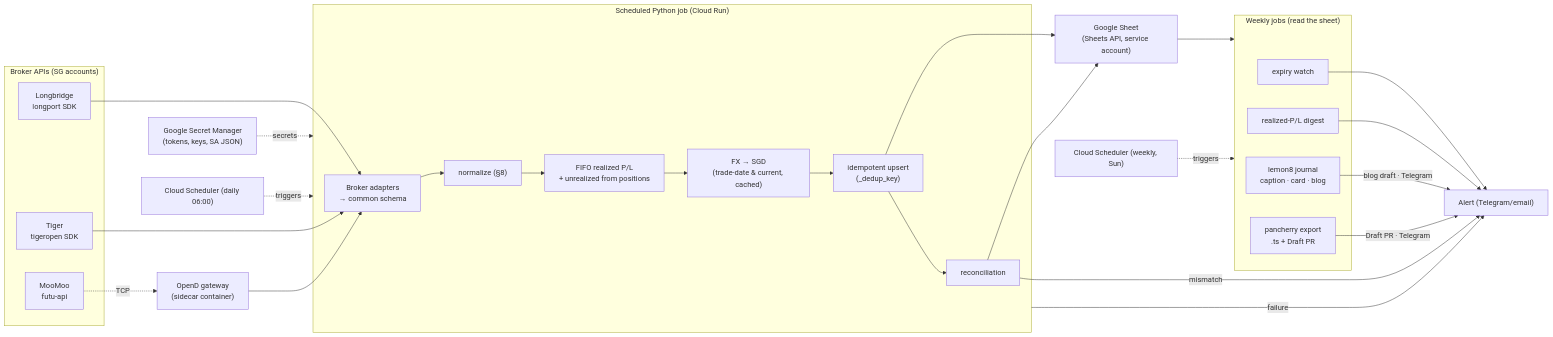
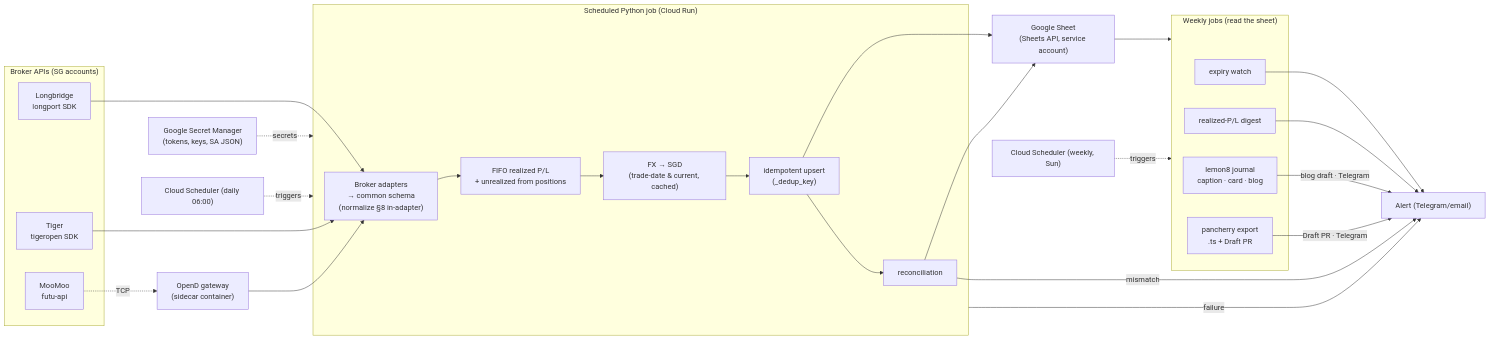
Before and after one commit to leshweyeewin/broker-portfolio-sync: the first of 5 diagrams in README.md, drawn with Mermaid. The commit also changed other lines of this file, not shown here.

Commit message:
docs: relabel normalize stage to reflect it lives in the adapters

````diff
--- a/README.md
+++ b/README.md
@@ -61,49 +61,48 @@
 ```mermaid
 flowchart LR
     subgraph Brokers["Broker APIs (SG accounts)"]
         LB["Longbridge<br/>longport SDK"]
         TG["Tiger<br/>tigeropen SDK"]
         MM["MooMoo<br/>futu-api"]
     end
 
     OPEND["OpenD gateway<br/>(sidecar container)"]
     MM -. TCP .-> OPEND
 
     subgraph Job["Scheduled Python job (Cloud Run)"]
-        AD["Broker adapters<br/>→ common schema"]
-        NORM["normalize (§8)"]
+        AD["Broker adapters<br/>→ common schema<br/>(normalize §8 in-adapter)"]
         FIFO["FIFO realized P/L<br/>+ unrealized from positions"]
         FX["FX → SGD<br/>(trade-date & current, cached)"]
         WR["idempotent upsert<br/>(_dedup_key)"]
         REC["reconciliation"]
     end
 
     SM["Google Secret Manager<br/>(tokens, keys, SA JSON)"]
     GS["Google Sheet<br/>(Sheets API, service account)"]
     ALERT["Alert (Telegram/email)"]
 
     subgraph Weekly["Weekly jobs (read the sheet)"]
         WX["expiry watch"]
         WPL["realized-P/L digest"]
         WL8["lemon8 journal<br/>caption · card · blog"]
         WPE["pancherry export<br/>.ts + Draft PR"]
     end
 
     LB --> AD
     TG --> AD
     OPEND --> AD
     SM -. secrets .-> Job
-    AD --> NORM --> FIFO --> FX --> WR --> GS
+    AD --> FIFO --> FX --> WR --> GS
     WR --> REC --> GS
     REC -->|mismatch| ALERT
     Job -->|failure| ALERT
 
     GS --> Weekly
     WX --> ALERT
     WPL --> ALERT
     WL8 -->|"blog draft · Telegram"| ALERT
     WPE -->|"Draft PR · Telegram"| ALERT
 
     CSD["Cloud Scheduler (daily 06:00)"] -.triggers.-> Job
     CSW["Cloud Scheduler (weekly, Sun)"] -.triggers.-> Weekly
 ```
````
